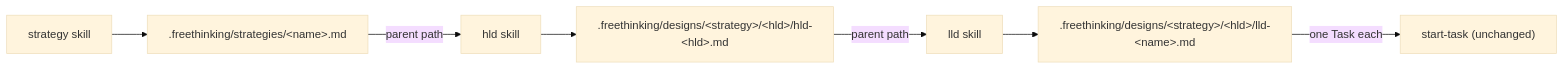
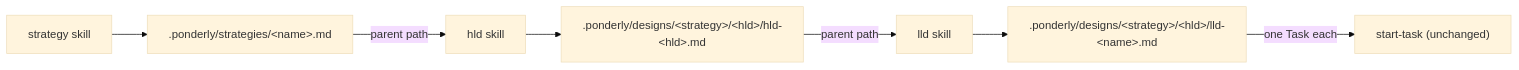
The first of 2 diagrams in .ponderly/specs/design-skills/design.md (freethinkingit/dev_tools), drawn with Mermaid (base theme) before and after one commit. The commit also changed other lines of this file and 182 other files, not shown here.

````diff
--- a/.ponderly/specs/design-skills/design.md
+++ b/.ponderly/specs/design-skills/design.md
@@ -11,9 +11,9 @@
 ```mermaid
 flowchart LR
-    S["strategy skill"] --> SD[".freethinking/strategies/&lt;name&gt;.md"]
+    S["strategy skill"] --> SD[".ponderly/strategies/&lt;name&gt;.md"]
     SD -- "parent path" --> H["hld skill"]
-    H --> HD[".freethinking/designs/&lt;strategy&gt;/&lt;hld&gt;/hld-&lt;hld&gt;.md"]
+    H --> HD[".ponderly/designs/&lt;strategy&gt;/&lt;hld&gt;/hld-&lt;hld&gt;.md"]
     HD -- "parent path" --> L["lld skill"]
-    L --> LD[".freethinking/designs/&lt;strategy&gt;/&lt;hld&gt;/lld-&lt;name&gt;.md"]
+    L --> LD[".ponderly/designs/&lt;strategy&gt;/&lt;hld&gt;/lld-&lt;name&gt;.md"]
     LD -- "one Task each" --> T["start-task (unchanged)"]
 ```
````
